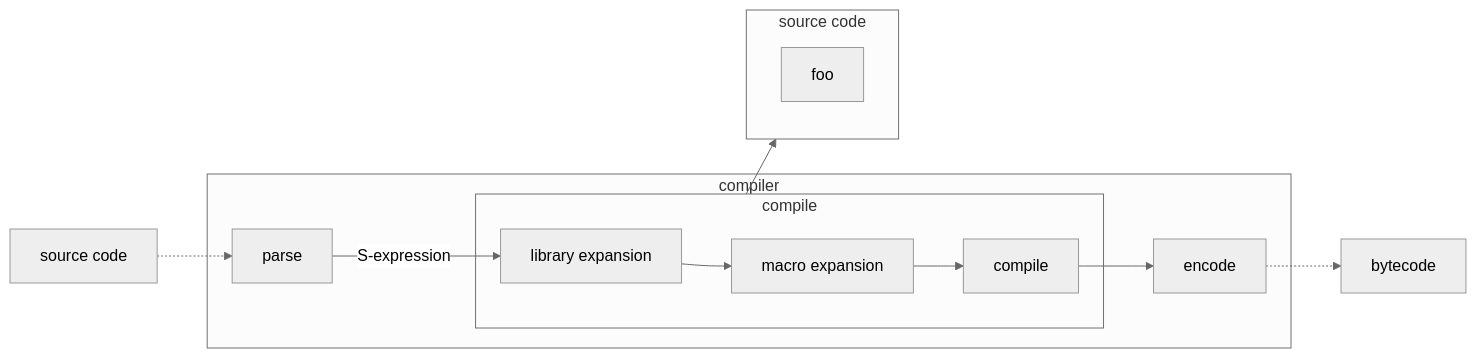
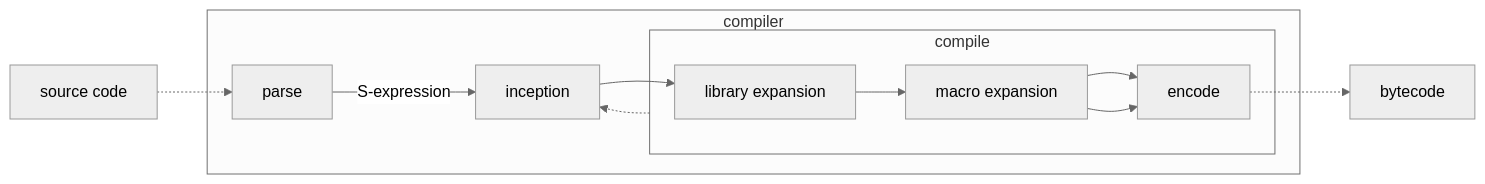
The diagram in slides/papers/stak-scheme/eval.mmd (raviqqe/doc), drawn with Mermaid (neutral theme) before and after one commit.

```diff
--- a/slides/papers/stak-scheme/eval.mmd
+++ b/slides/papers/stak-scheme/eval.mmd
@@ -1,20 +1,16 @@
 flowchart LR
   d0[source code] -.-> c1
 
   subgraph s0[compiler]
-    c1[parse] -- S-expression --> c2
+    c1[parse] -- S-expression --> c2[inception] --> c3
 
     subgraph s1[compile]
-      c2[library expansion] --> c3[macro expansion] --> c4[compile]
+      c3[library expansion] --> c4[macro expansion] --> c5[compile]
     end
+
+    s1 -.-> c2
 
     c4 --> c5[encode]
   end
 
   c5 -.-> d1[bytecode]
-
-  s1 --> s2
-
-  subgraph s2[source code]
-    foo
-  end
```
